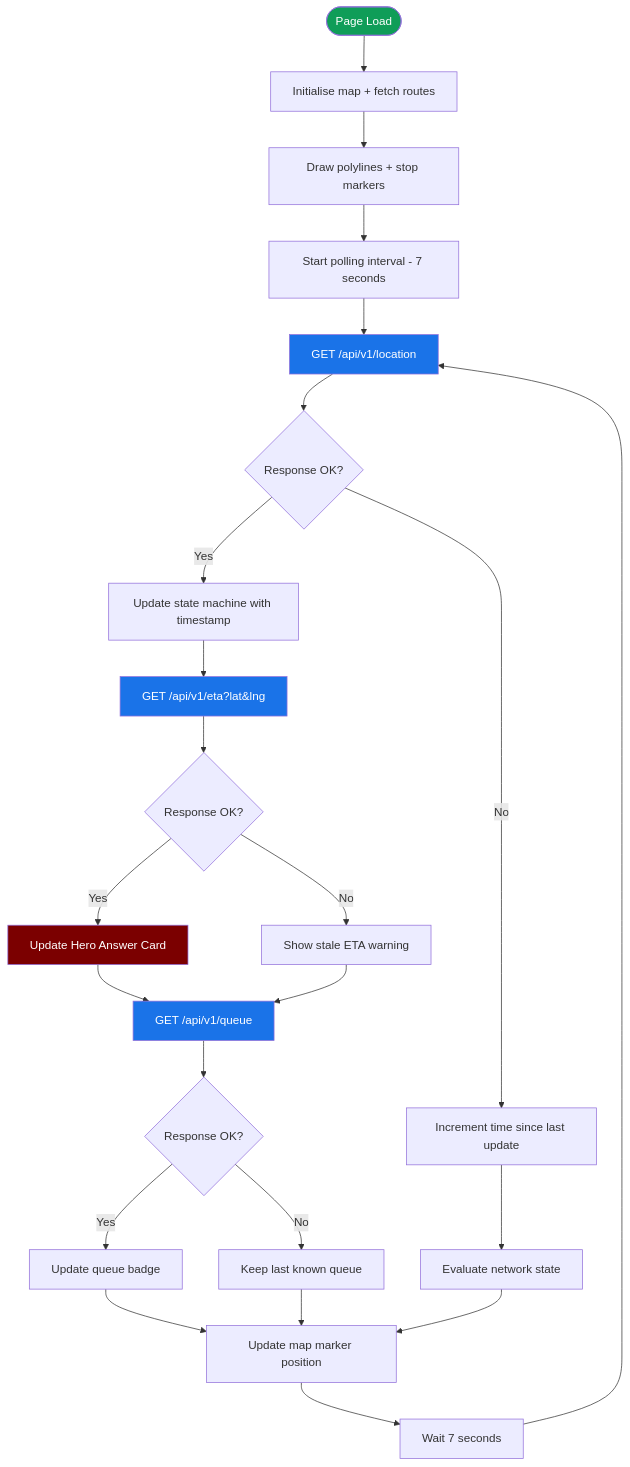
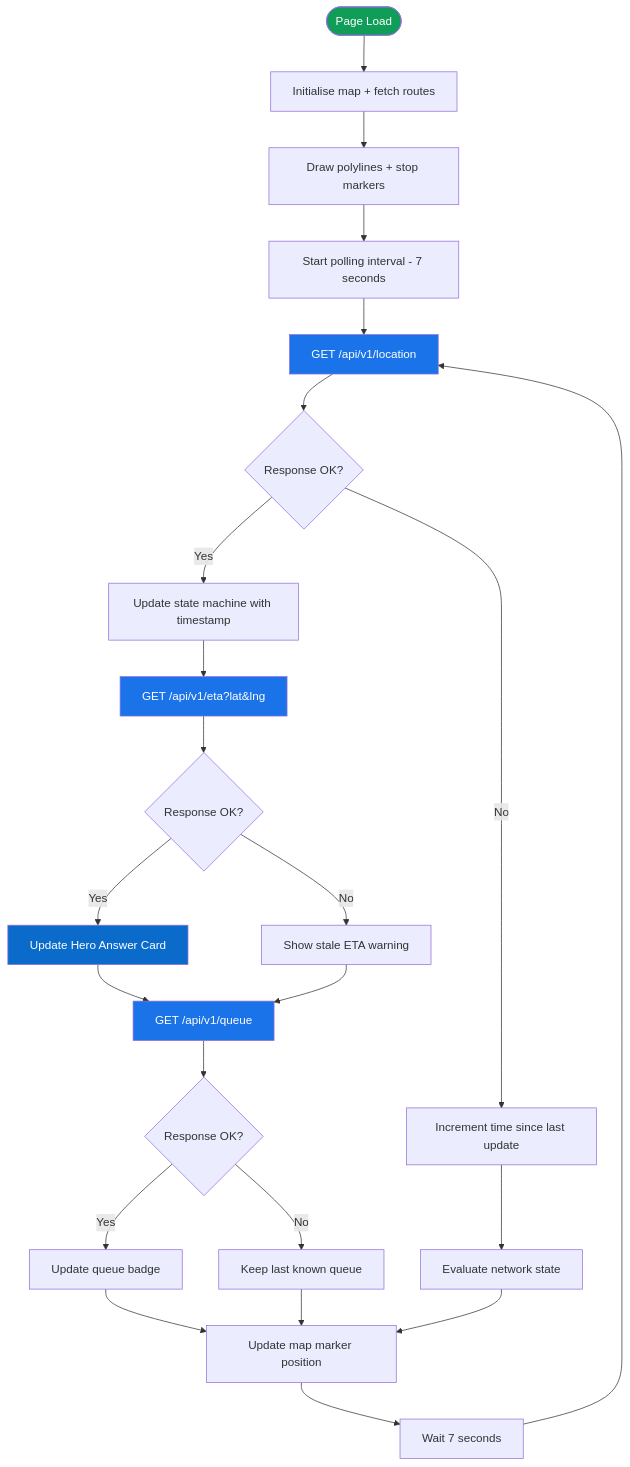
Before and after one commit to Salimmadeit/UniTrack: the first of 6 diagrams in docs/flowcharts.md, drawn with Mermaid. The commit also changed 29 other files, not shown here.

````diff
--- a/docs/flowcharts.md
+++ b/docs/flowcharts.md
@@ -9,39 +9,39 @@
 ```mermaid
 flowchart TD
     START([Page Load]) --> INIT[Initialise map + fetch routes]
     INIT --> DRAW[Draw polylines + stop markers]
     DRAW --> POLL_START[Start polling interval - 7 seconds]
 
     POLL_START --> FETCH_LOC[GET /api/v1/location]
     FETCH_LOC --> LOC_OK{Response OK?}
 
     LOC_OK -->|Yes| UPDATE_STATE[Update state machine with timestamp]
     LOC_OK -->|No| INCREMENT[Increment time since last update]
 
     UPDATE_STATE --> FETCH_ETA[GET /api/v1/eta?lat&lng]
     INCREMENT --> CHECK_STATE[Evaluate network state]
 
     FETCH_ETA --> ETA_OK{Response OK?}
     ETA_OK -->|Yes| UPDATE_CARD[Update Hero Answer Card]
     ETA_OK -->|No| SHOW_STALE[Show stale ETA warning]
 
     UPDATE_CARD --> FETCH_QUEUE[GET /api/v1/queue]
     SHOW_STALE --> FETCH_QUEUE
 
     FETCH_QUEUE --> QUEUE_OK{Response OK?}
     QUEUE_OK -->|Yes| UPDATE_QUEUE[Update queue badge]
     QUEUE_OK -->|No| KEEP_QUEUE[Keep last known queue]
 
     UPDATE_QUEUE --> UPDATE_MAP[Update map marker position]
     KEEP_QUEUE --> UPDATE_MAP
 
     CHECK_STATE --> UPDATE_MAP
     UPDATE_MAP --> WAIT[Wait 7 seconds]
     WAIT --> FETCH_LOC
 
     style START fill:#0F9D58,color:#fff
     style FETCH_LOC fill:#1A73E8,color:#fff
     style FETCH_ETA fill:#1A73E8,color:#fff
     style FETCH_QUEUE fill:#1A73E8,color:#fff
-    style UPDATE_CARD fill:#7B0000,color:#fff
+    style UPDATE_CARD fill:#0B6BCB,color:#fff
 ```
````
